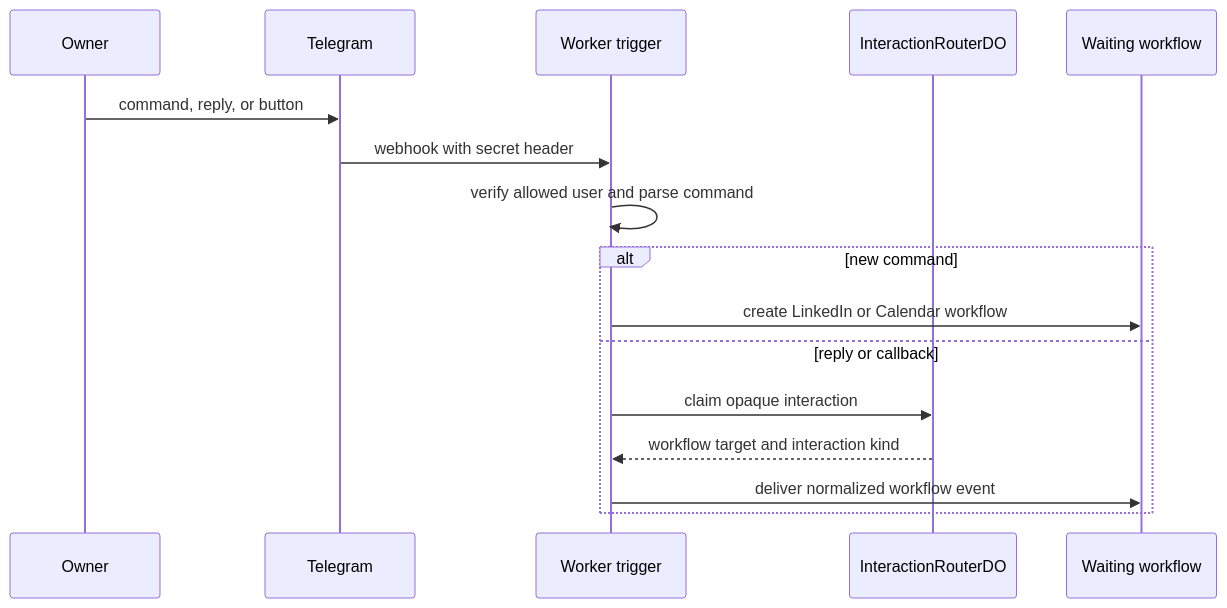
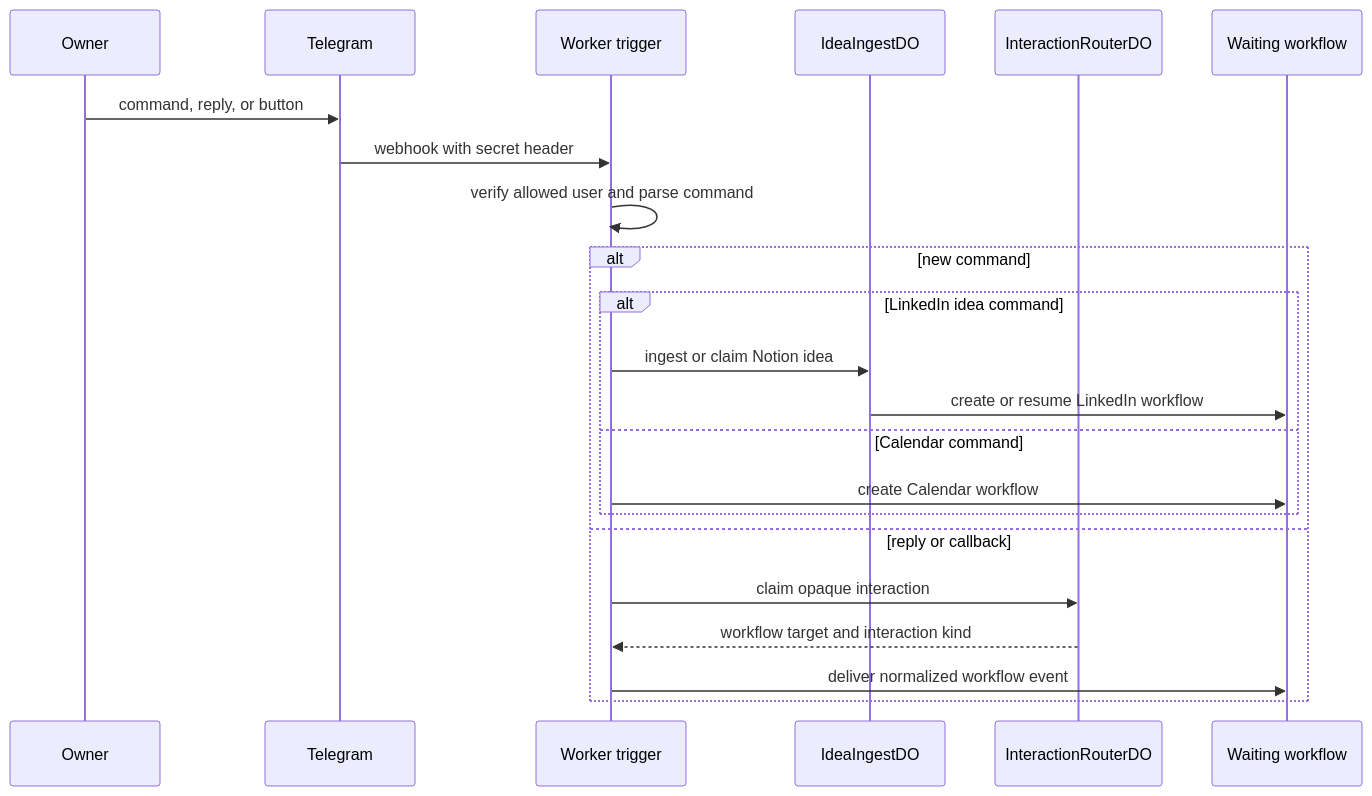
One commit to satwikhebbar/kipp changed the first of 4 diagrams in docs/architecture/request-flows.md. Above: the diagram before and after it, drawn with Mermaid. The commit also changed other lines of this file and 7 other files, not shown here.

Commit message:
docs: align architecture with Notion idea storage

````diff
--- a/docs/architecture/request-flows.md
+++ b/docs/architecture/request-flows.md
@@ -8,19 +8,25 @@
 ```mermaid
 sequenceDiagram
   participant U as Owner
   participant T as Telegram
   participant W as Worker trigger
+  participant I as IdeaIngestDO
   participant R as InteractionRouterDO
   participant F as Waiting workflow
 
   U->>T: command, reply, or button
   T->>W: webhook with secret header
   W->>W: verify allowed user and parse command
   alt new command
-    W->>F: create LinkedIn or Calendar workflow
+    alt LinkedIn idea command
+      W->>I: ingest or claim Notion idea
+      I->>F: create or resume LinkedIn workflow
+    else Calendar command
+      W->>F: create Calendar workflow
+    end
   else reply or callback
     W->>R: claim opaque interaction
     R-->>W: workflow target and interaction kind
     W->>F: deliver normalized workflow event
   end
 ```
````
